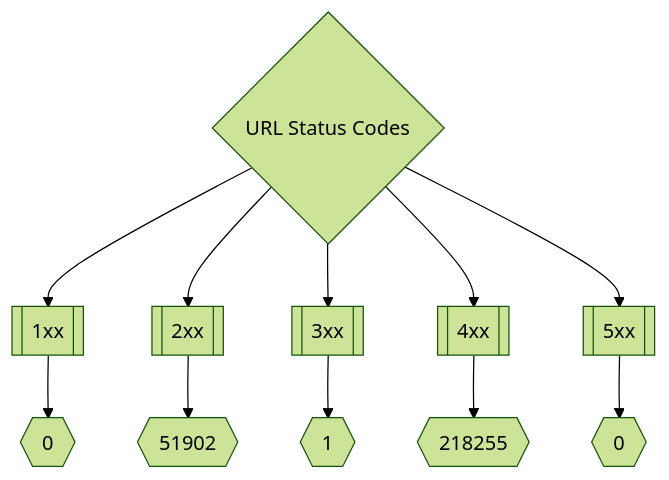
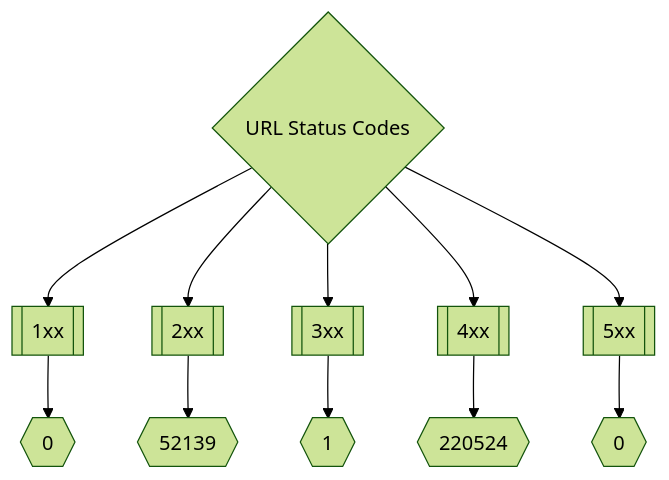
The second of 3 diagrams in README.md (trickest/inventory), drawn with Mermaid (forest theme) before and after one commit. The commit also changed other lines of this file, not shown here.

Commit message:
Update Sun Apr  3 04:13:50 UTC 2022

````diff
--- a/README.md
+++ b/README.md
@@ -173,8 +173,8 @@
 ```mermaid
 graph TD
 title{URL Status Codes} --> 1xx[[1xx]] --> status1xxNum{{0}}
-title --> 2xx[[2xx]] --> status2xxNum{{51902}}
+title --> 2xx[[2xx]] --> status2xxNum{{52139}}
 title --> 3xx[[3xx]] --> status3xxNum{{1}}
-title --> 4xx[[4xx]] --> status4xxNum{{218255}}
+title --> 4xx[[4xx]] --> status4xxNum{{220524}}
 title --> 5xx[[5xx]] --> status5xxNum{{0}}
 ```
````
